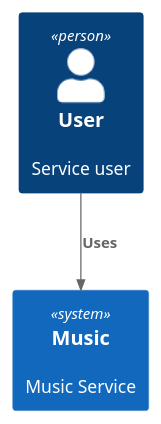
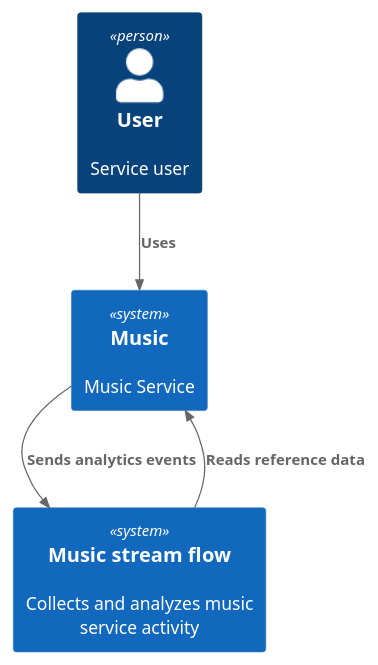
Before and after one commit to SINdeletE/music-stream-flow: the diagram in docs/C4_L1.puml, drawn with PlantUML. The commit also changed 11 other files, not shown here.

```diff
--- a/docs/C4_L1.puml
+++ b/docs/C4_L1.puml
@@ -1,8 +1,11 @@
 @startuml C4-L1-music-stream-flow
-!include <C4/C4_Container>
+!include <C4/C4_Context>
 Person(userAlias, "User", "Service user")
 
 System(musicaAlias, "Music", "Music Service")
+System(musicStreamFlowAlias, "Music stream flow", "Collects and analyzes music service activity")
 
 Rel(userAlias, musicaAlias, "Uses")
+Rel(musicaAlias, musicStreamFlowAlias, "Sends analytics events")
+Rel(musicStreamFlowAlias, musicaAlias, "Reads reference data")
 @enduml
```
